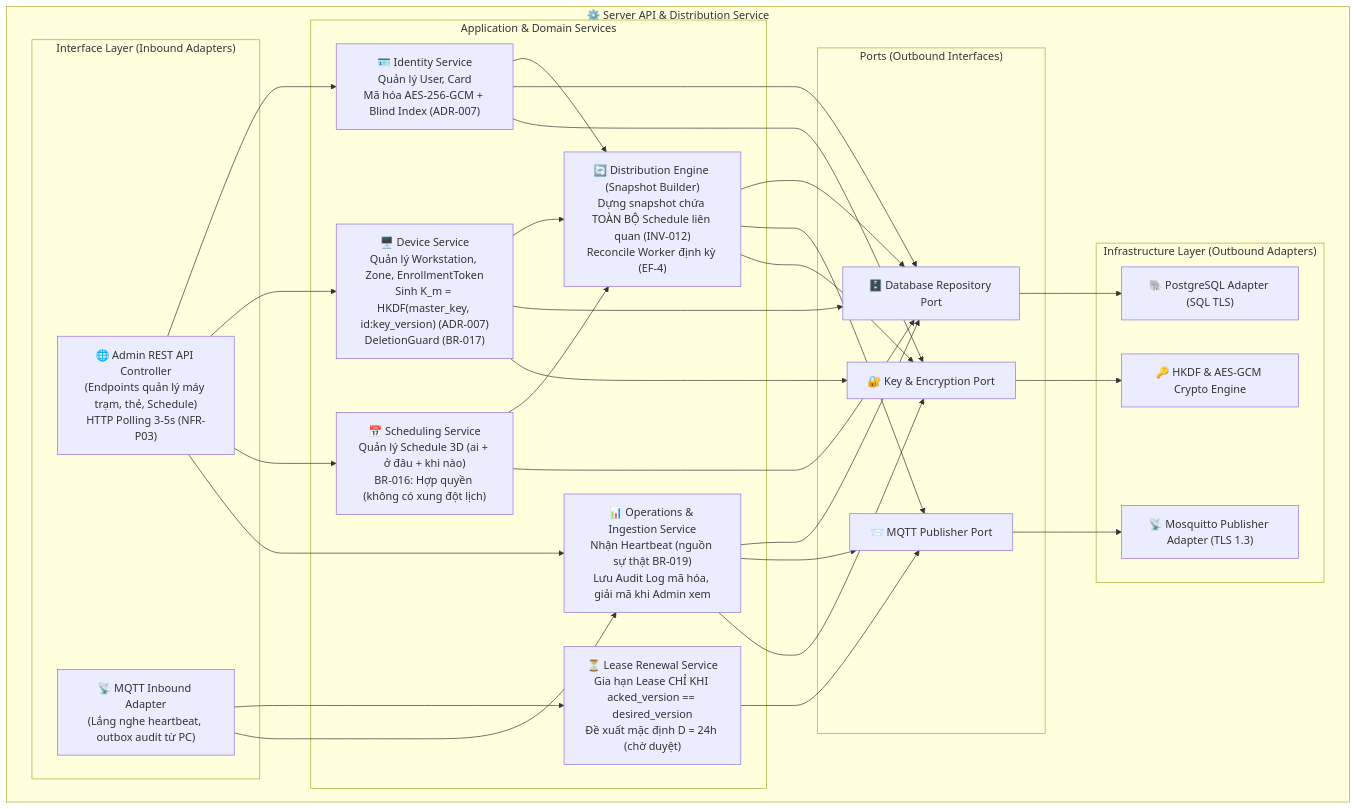
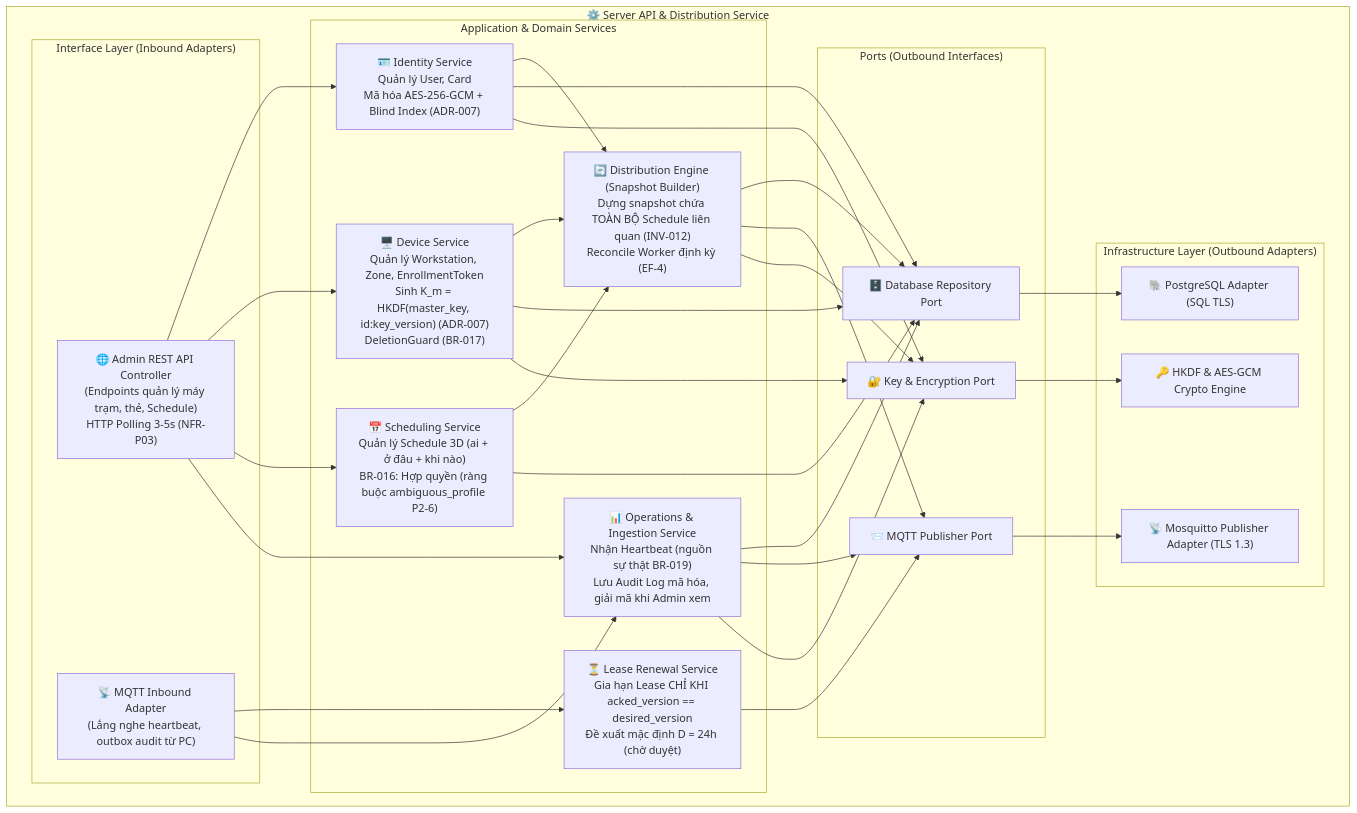
Before and after one commit to binhtoong21/linux-access-control: the first of 4 diagrams in design/docs/06-architecture/components.md, drawn with Mermaid. The commit also changed other lines of this file and 19 other files, not shown here.

````diff
--- a/design/docs/06-architecture/components.md
+++ b/design/docs/06-architecture/components.md
@@ -12,61 +12,61 @@
 ```mermaid
 flowchart TD
     subgraph SERVER_CONTAINER["⚙️ Server API & Distribution Service"]
         subgraph INTERFACE_LAYER["Interface Layer (Inbound Adapters)"]
             RESTController["🌐 Admin REST API Controller\n(Endpoints quản lý máy trạm, thẻ, Schedule)\nHTTP Polling 3-5s (NFR-P03)"]
             MQTTInbound["📡 MQTT Inbound Adapter\n(Lắng nghe heartbeat, outbox audit từ PC)"]
         end
 
         subgraph APPLICATION_LAYER["Application & Domain Services"]
             IdentityService["🪪 Identity Service\nQuản lý User, Card\nMã hóa AES-256-GCM + Blind Index (ADR-007)"]
             DeviceService["🖥️ Device Service\nQuản lý Workstation, Zone, EnrollmentToken\nSinh K_m = HKDF(master_key, id:key_version) (ADR-007)\nDeletionGuard (BR-017)"]
-            SchedulingService["📅 Scheduling Service\nQuản lý Schedule 3D (ai + ở đâu + khi nào)\nBR-016: Hợp quyền (không có xung đột lịch)"]
+            SchedulingService["📅 Scheduling Service\nQuản lý Schedule 3D (ai + ở đâu + khi nào)\nBR-016: Hợp quyền (ràng buộc ambiguous_profile P2-6)"]
             DistributionEngine["🔄 Distribution Engine (Snapshot Builder)\nDựng snapshot chứa TOÀN BỘ Schedule liên quan (INV-012)\nReconcile Worker định kỳ (EF-4)"]
             LeaseRenewalService["⏳ Lease Renewal Service\nGia hạn Lease CHỈ KHI acked_version == desired_version\nĐề xuất mặc định D = 24h (chờ duyệt)"]
             OperationsService["📊 Operations & Ingestion Service\nNhận Heartbeat (nguồn sự thật BR-019)\nLưu Audit Log mã hóa, giải mã khi Admin xem"]
         end
 
         subgraph PORTS_LAYER["Ports (Outbound Interfaces)"]
             RepoPort["🗄️ Database Repository Port"]
             MQTTPort["📨 MQTT Publisher Port"]
             CryptoPort["🔐 Key & Encryption Port"]
         end
 
         subgraph INFRA_LAYER["Infrastructure Layer (Outbound Adapters)"]
             PostgresRepo["🐘 PostgreSQL Adapter (SQL TLS)"]
             MQTTPublisher["📡 Mosquitto Publisher Adapter (TLS 1.3)"]
             CryptoService["🔑 HKDF & AES-GCM Crypto Engine"]
         end
     end
 
     RESTController --> IdentityService
     RESTController --> DeviceService
     RESTController --> SchedulingService
     RESTController --> OperationsService
 
     MQTTInbound --> LeaseRenewalService
     MQTTInbound --> OperationsService
 
     IdentityService --> DistributionEngine
     DeviceService --> DistributionEngine
     SchedulingService --> DistributionEngine
 
     IdentityService --> RepoPort
     DeviceService --> RepoPort
     SchedulingService --> RepoPort
     OperationsService --> RepoPort
     DistributionEngine --> RepoPort
 
     DistributionEngine --> MQTTPort
     LeaseRenewalService --> MQTTPort
     OperationsService --> MQTTPort
 
     IdentityService --> CryptoPort
     DeviceService --> CryptoPort
     DistributionEngine --> CryptoPort
     OperationsService --> CryptoPort
 
     RepoPort --> PostgresRepo
     MQTTPort --> MQTTPublisher
     CryptoPort --> CryptoService
 ```
````
